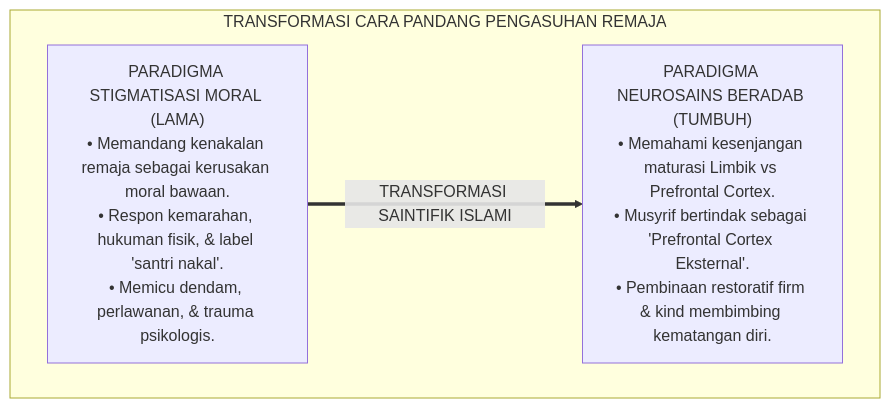
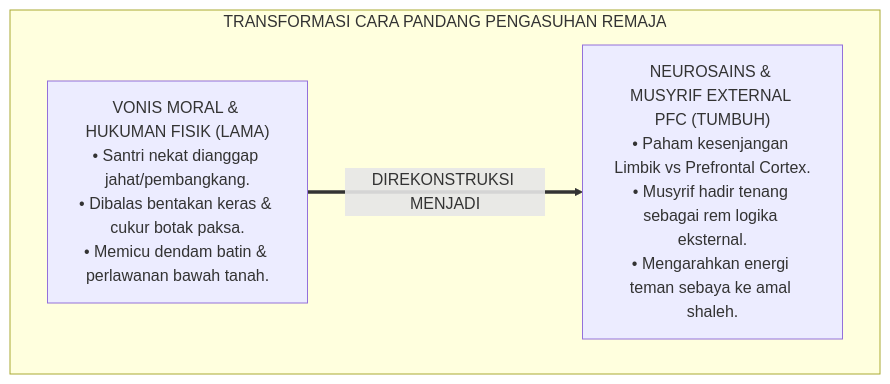
One commit to wandiapriliyandi/tumbuh changed the first of 2 diagrams in 02 Principles/04 Development Principles/P2-04-01-Prinsip-Maturitas-Neurosains-Remaja.md. Above: the diagram before and after it, drawn with Mermaid. The commit also changed other lines of this file and 7 other files, not shown here.

````diff
--- a/02 Principles/04 Development Principles/P2-04-01-Prinsip-Maturitas-Neurosains-Remaja.md
+++ b/02 Principles/04 Development Principles/P2-04-01-Prinsip-Maturitas-Neurosains-Remaja.md
@@ -58,10 +55,10 @@
 ```mermaid
 flowchart TD
     subgraph TransformasiParadigmaRemaja["TRANSFORMASI CARA PANDANG PENGASUHAN REMAJA"]
-        Stigmatisasi["PARADIGMA STIGMATISASI MORAL (LAMA)<br/>• Memandang kenakalan remaja sebagai kerusakan moral bawaan.<br/>• Respon kemarahan, hukuman fisik, & label 'santri nakal'.<br/>• Memicu dendam, perlawanan, & trauma psikologis."]
+        PolaVonisLama["VONIS MORAL & HUKUMAN FISIK (LAMA)<br/>• Santri nekat dianggap jahat/pembangkang.<br/>• Dibalas bentakan keras & cukur botak paksa.<br/>• Memicu dendam batin & perlawanan bawah tanah."]
         
-        NeurosainsTUMBUH["PARADIGMA NEUROSAINS BERADAB (TUMBUH)<br/>• Memahami kesenjangan maturasi Limbik vs Prefrontal Cortex.<br/>• Musyrif bertindak sebagai 'Prefrontal Cortex Eksternal'.<br/>• Pembinaan restoratif firm & kind membimbing kematangan diri."]
+        PolaNeurosainsTUMBUH["NEUROSAINS & MUSYRIF EXTERNAL PFC (TUMBUH)<br/>• Paham kesenjangan Limbik vs Prefrontal Cortex.<br/>• Musyrif hadir tenang sebagai rem logika eksternal.<br/>• Mengarahkan energi teman sebaya ke amal shaleh."]
         
-        Stigmatisasi ==>|TRANSFORMASI SAINTIFIK ISLAMI| NeurosainsTUMBUH
+        PolaVonisLama ==>|DIREKONSTRUKSI MENJADI| PolaNeurosainsTUMBUH
     end
 ```
````
